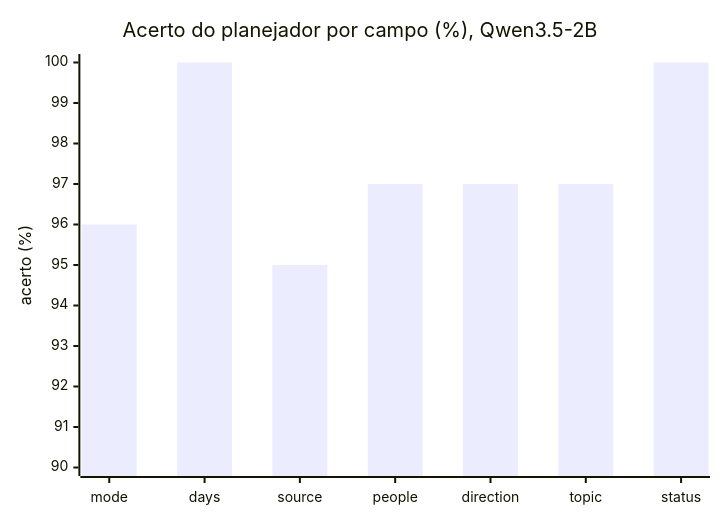
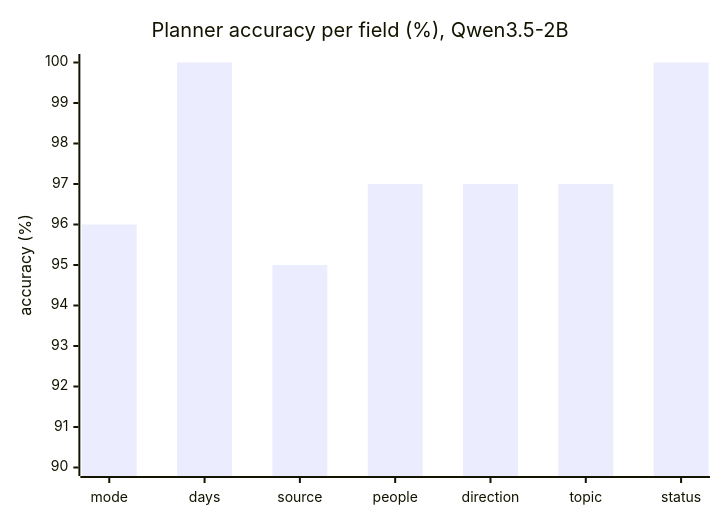
The first of 8 diagrams in docs/BENCHMARKS.md (Chipskein/cade), drawn with Mermaid before and after one commit. The commit also changed other lines of this file and 6 other files, not shown here.

````diff
--- a/docs/BENCHMARKS.md
+++ b/docs/BENCHMARKS.md
@@ -131,7 +131,7 @@
 ```mermaid
 xychart-beta
-  title "Acerto do planejador por campo (%), Qwen3.5-2B"
+  title "Planner accuracy per field (%), Qwen3.5-2B"
   x-axis ["mode", "days", "source", "people", "direction", "topic", "status"]
-  y-axis "acerto (%)" 90 --> 100
+  y-axis "accuracy (%)" 90 --> 100
   bar [96, 100, 95, 97, 97, 97, 100]
 ```
````
